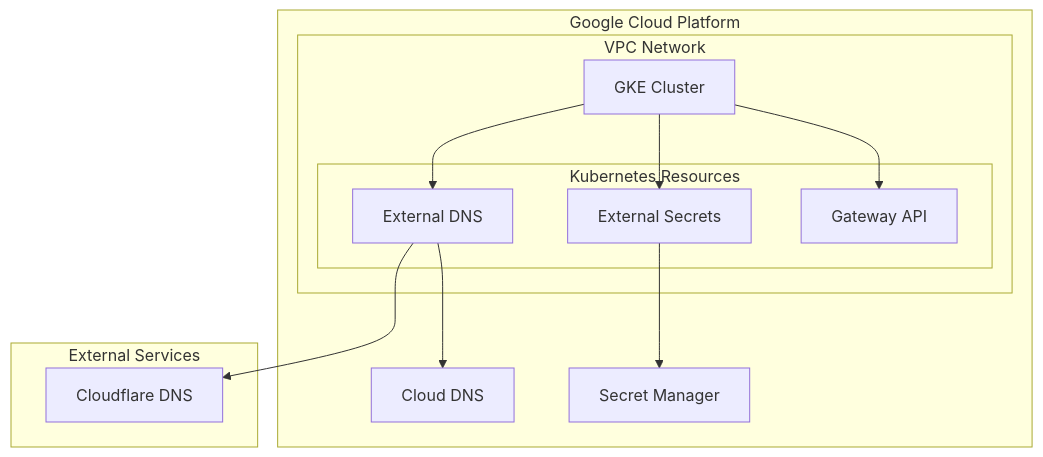
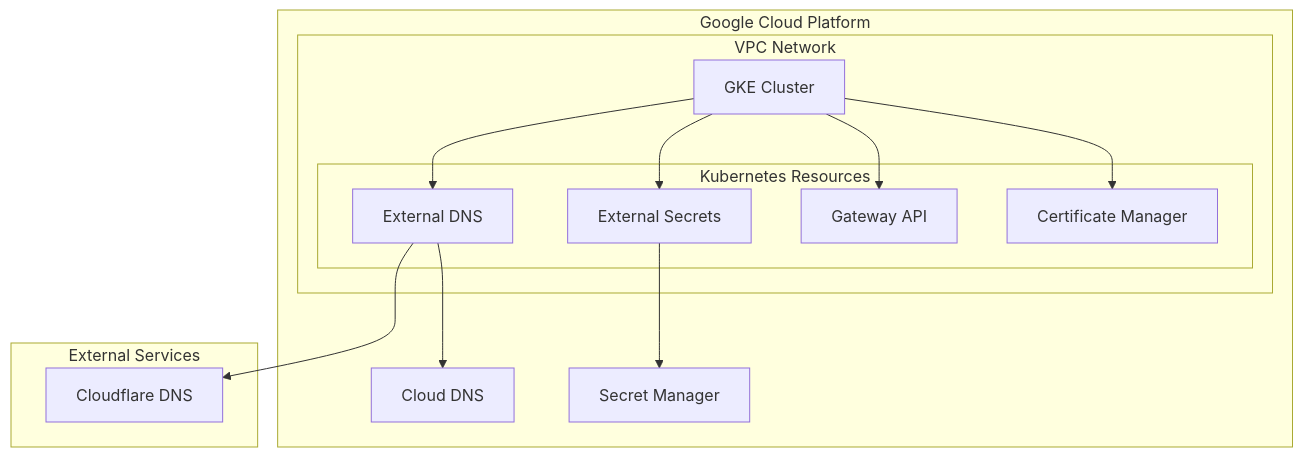
Before and after one commit to daylight55/google-cloud-labo: the diagram in README.md, drawn with Mermaid. The commit also changed other lines of this file, not shown here.

````diff
--- a/README.md
+++ b/README.md
@@ -11,29 +12,31 @@
 ```mermaid
 graph TB
     subgraph "Google Cloud Platform"
         subgraph "VPC Network"
             GKE["GKE Cluster"]
 
             subgraph "Kubernetes Resources"
                 ExtDNS["External DNS"]
                 ExtSecrets["External Secrets"]
                 Gateway["Gateway API"]
+                CertManager["Certificate Manager"]
             end
         end
 
         DNS["Cloud DNS"]
         SecretManager["Secret Manager"]
     end
 
     subgraph "External Services"
         Cloudflare["Cloudflare DNS"]
     end
 
     GKE --> ExtDNS
     GKE --> ExtSecrets
     GKE --> Gateway
+    GKE --> CertManager
 
     ExtDNS --> DNS
     ExtDNS --> Cloudflare
     ExtSecrets --> SecretManager
 ```
````
